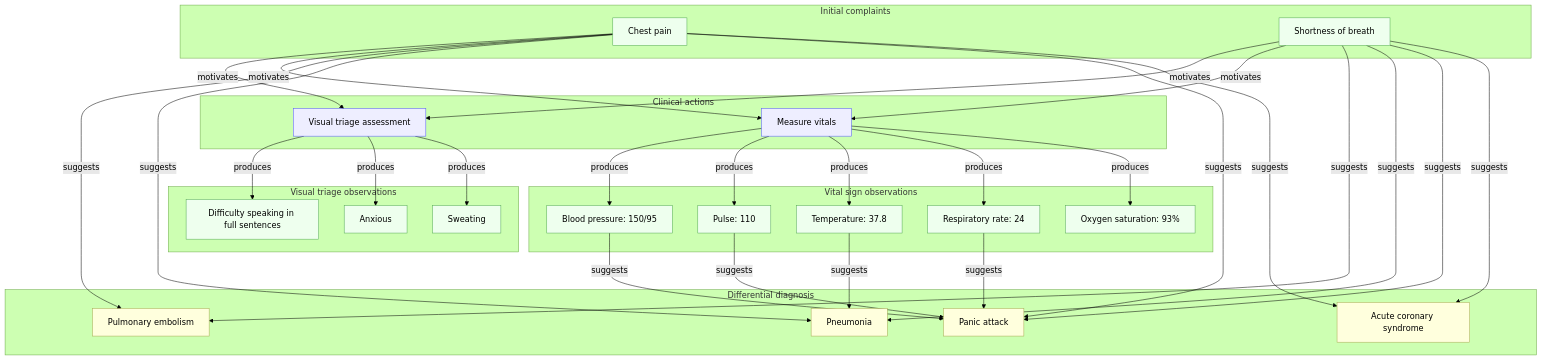
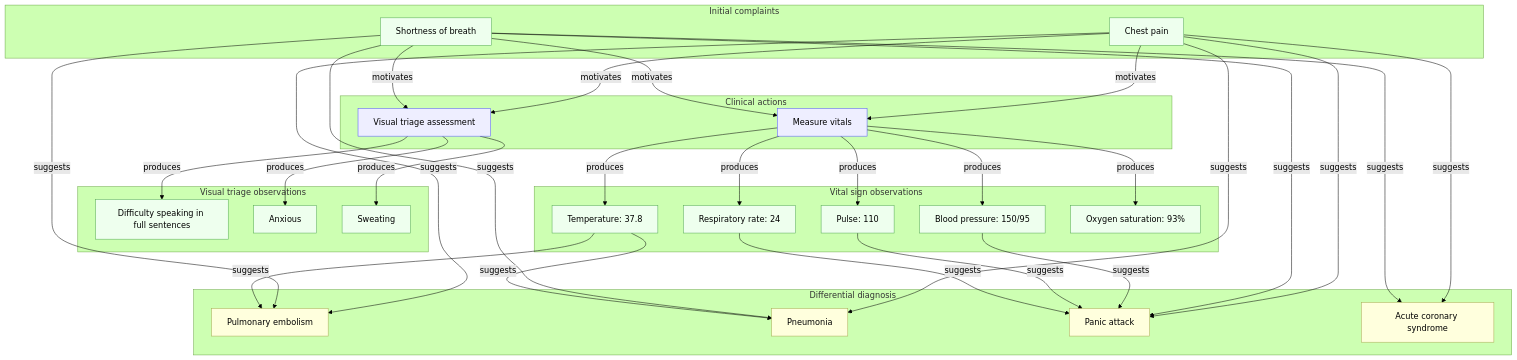
The diagram in diagrams/medical.mmd (kahunacohen/why), drawn with Mermaid (forest theme) before and after one commit.

```diff
--- a/diagrams/medical.mmd
+++ b/diagrams/medical.mmd
@@ -1,91 +1,92 @@
 flowchart TD
 
   %% =========================
   %% INITIAL PRESENTATION
   %% =========================
   subgraph initial["Initial complaints"]
     O1["Chest pain"]
     O2["Shortness of breath"]
   end
 
   %% =========================
   %% ACTIONS
   %% =========================
   subgraph actions["Clinical actions"]
     A1["Visual triage assessment"]
     A2["Measure vitals"]
   end
 
   %% Initial complaints motivate actions
   O1 -->|motivates| A1
   O2 -->|motivates| A1
   O1 -->|motivates| A2
   O2 -->|motivates| A2
 
   %% =========================
   %% VISUAL TRIAGE OBSERVATIONS
   %% =========================
   subgraph visual["Visual triage observations"]
     O6["Difficulty speaking in full sentences"]
     O7["Anxious"]
     O8["Sweating"]
   end
 
   A1 -->|produces| O6
   A1 -->|produces| O7
   A1 -->|produces| O8
 
   %% =========================
   %% VITAL SIGNS
   %% =========================
   subgraph vitals["Vital sign observations"]
     O3["Blood pressure: 150/95"]
     O4["Pulse: 110"]
     O5["Temperature: 37.8"]
     O9["Respiratory rate: 24"]
     O10["Oxygen saturation: 93%"]
   end
 
   A2 -->|produces| O3
   A2 -->|produces| O4
   A2 -->|produces| O5
   A2 -->|produces| O9
   A2 -->|produces| O10
 
   %% =========================
   %% HYPOTHESES
   %% =========================
   subgraph hypotheses["Differential diagnosis"]
     H1["Pulmonary embolism"]
     H2["Pneumonia"]
     H3["Panic attack"]
     H4["Acute coronary syndrome"]
   end
 
   %% Observations → hypotheses (unchanged semantics)
   O1 -->|suggests| H1
   O1 -->|suggests| H2
   O1 -->|suggests| H3
   O1 -->|suggests| H4
 
   O2 -->|suggests| H1
   O2 -->|suggests| H2
   O2 -->|suggests| H3
   O2 -->|suggests| H4
 
   O3 -->|suggests| H3
   O4 -->|suggests| H3
   O9 -->|suggests| H3
 
   O5 -->|suggests| H2
+  O5 -->|suggests| H1
 
   %% =========================
   %% STYLES
   %% =========================
   classDef obs fill:#efe,stroke:#5a5
   classDef action fill:#eef,stroke:#55f
   classDef hyp fill:#ffd,stroke:#aa5
 
   class O1,O2,O3,O4,O5,O6,O7,O8,O9,O10 obs
   class A1,A2 action
   class H1,H2,H3,H4 hyp
```
